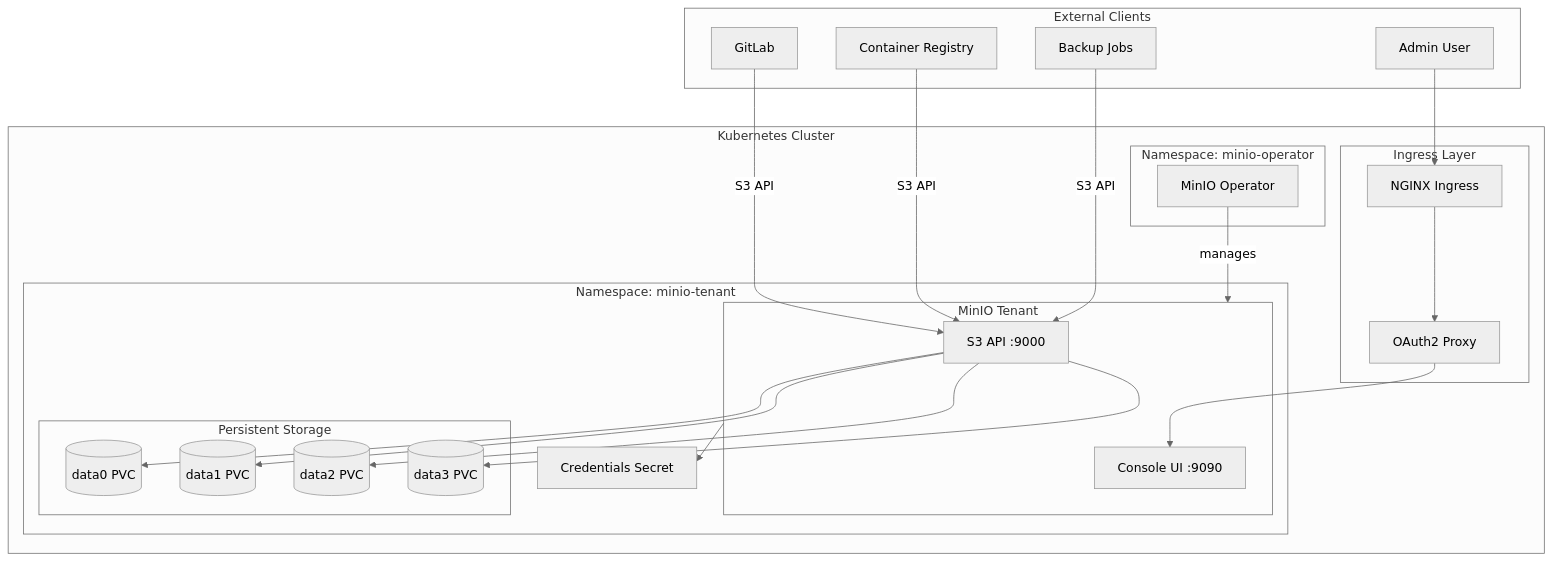
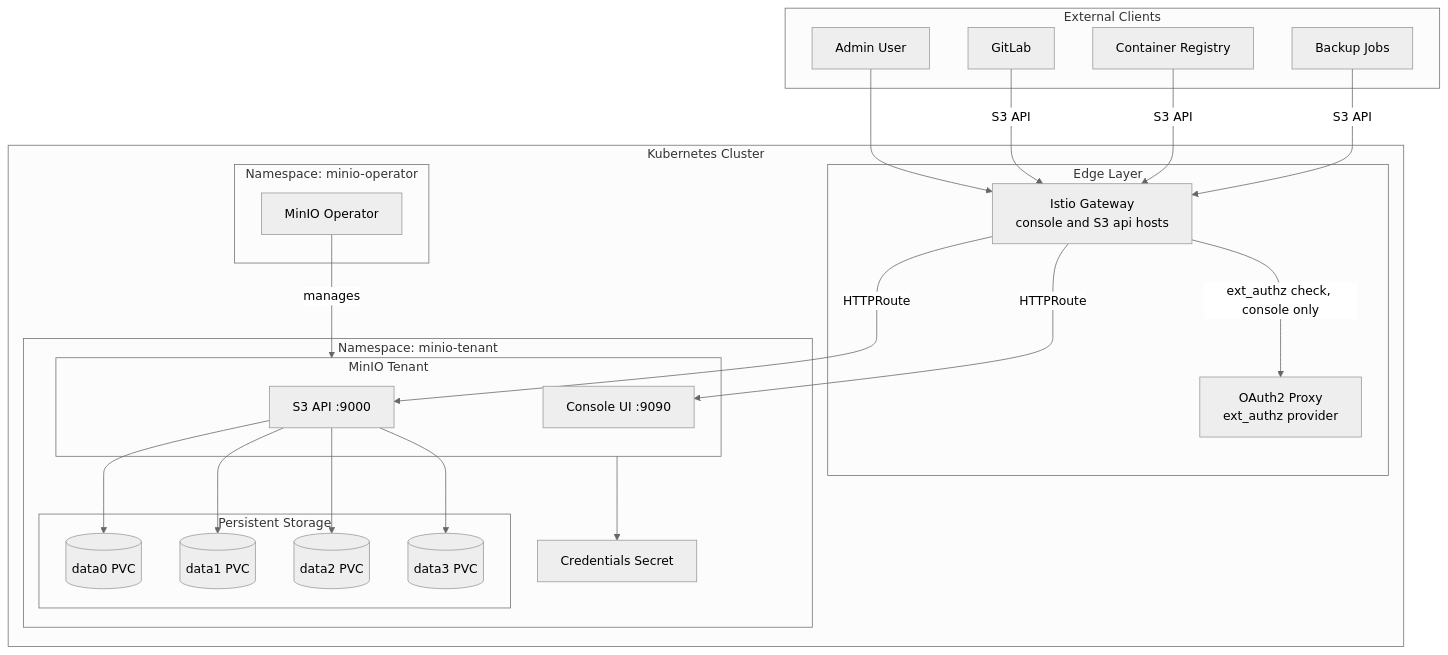
One commit to chrisleekr/homelab-infrastructure changed the first of 2 diagrams in docs/stage2/minio-object-storage.md. Above: the diagram before and after it, drawn with Mermaid (neutral theme). The commit also changed other lines of this file and 143 other files, not shown here.

Commit message:
feat(stage2): migrate nginx-ingress to Istio Gateway API (#119)

````diff
--- a/docs/stage2/minio-object-storage.md
+++ b/docs/stage2/minio-object-storage.md
@@ -7,51 +7,52 @@
 ```mermaid
 flowchart TB
     subgraph external [External Clients]
         GitLab[GitLab]
         Registry[Container Registry]
         Backup[Backup Jobs]
         User[Admin User]
     end
 
     subgraph k8s [Kubernetes Cluster]
-        subgraph ingress [Ingress Layer]
-            Nginx[NGINX Ingress]
-            OAuth[OAuth2 Proxy]
+        subgraph ingress [Edge Layer]
+            Gateway[Istio Gateway<br/>console and S3 api hosts]
+            OAuth[OAuth2 Proxy<br/>ext_authz provider]
         end
 
         subgraph operator_ns [Namespace: minio-operator]
             Operator[MinIO Operator]
         end
 
         subgraph tenant_ns [Namespace: minio-tenant]
             subgraph tenant [MinIO Tenant]
                 API[S3 API :9000]
                 Console[Console UI :9090]
             end
 
             subgraph storage [Persistent Storage]
                 PVC0[(data0 PVC)]
                 PVC1[(data1 PVC)]
                 PVC2[(data2 PVC)]
                 PVC3[(data3 PVC)]
             end
 
             Secret[Credentials Secret]
         end
     end
 
-    User --> Nginx
-    Nginx --> OAuth
-    OAuth --> Console
+    User --> Gateway
+    Gateway -->|ext_authz check, console only| OAuth
+    Gateway -->|HTTPRoute| Console
+    Gateway -->|HTTPRoute| API
 
-    GitLab -->|S3 API| API
-    Registry -->|S3 API| API
-    Backup -->|S3 API| API
+    GitLab -->|S3 API| Gateway
+    Registry -->|S3 API| Gateway
+    Backup -->|S3 API| Gateway
 
     Operator -->|manages| tenant
     API --> PVC0
     API --> PVC1
     API --> PVC2
     API --> PVC3
     tenant --> Secret
 ```
````
